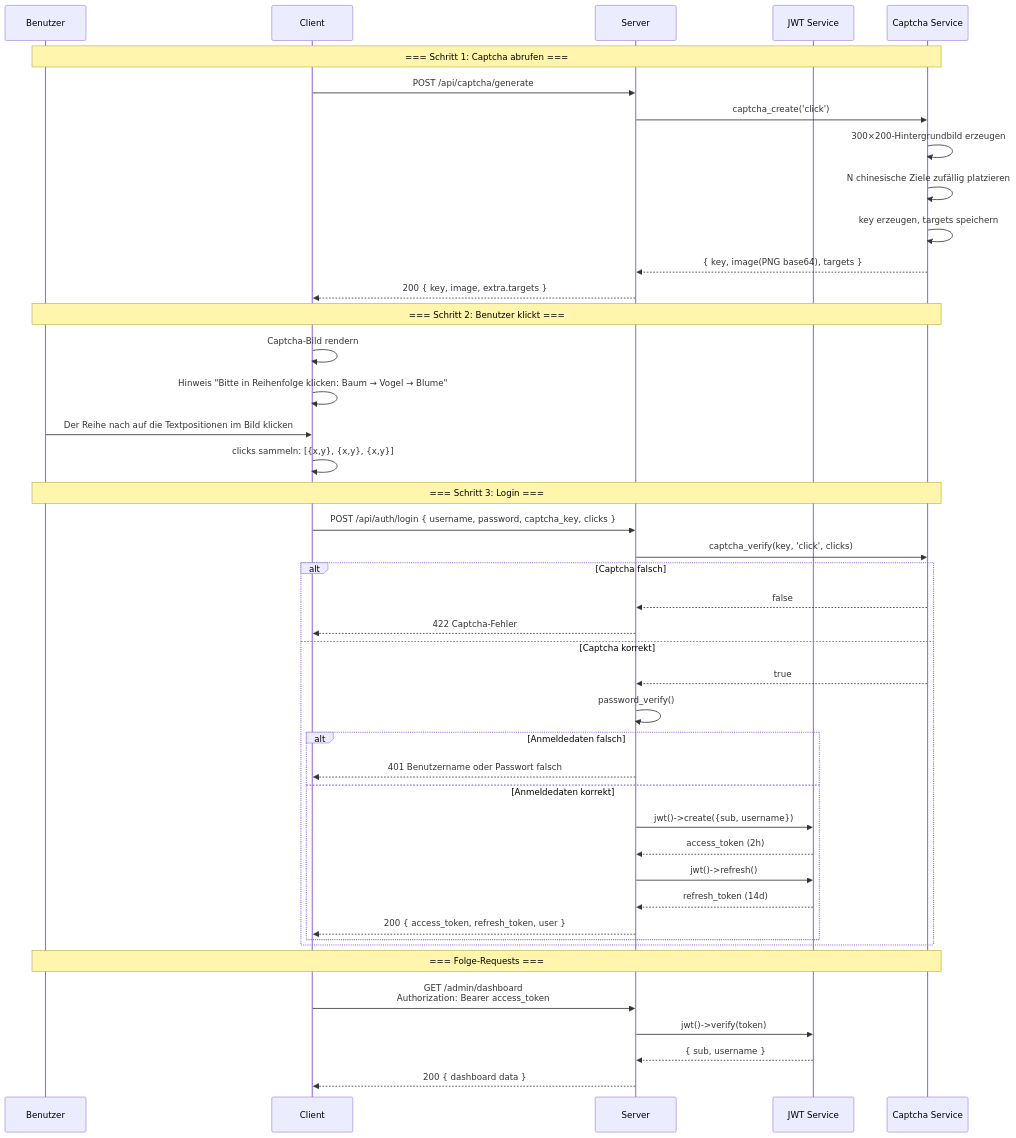
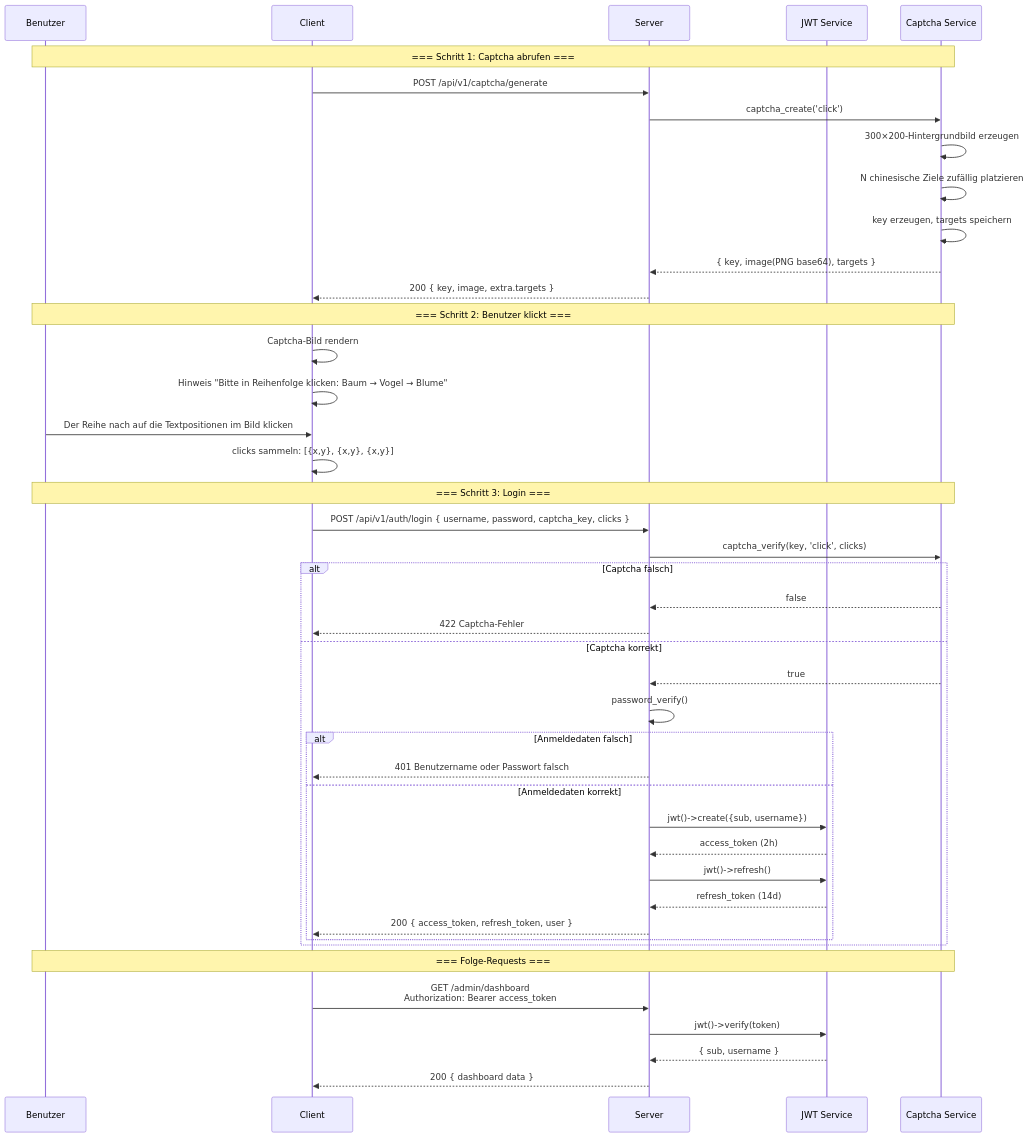
One commit to erikwang2013/integrated-global-logistics changed the fourth of 14 diagrams in admin/docs/ARCHITECTURE.de.md. Above: the diagram before and after it, drawn with Mermaid. The commit also changed other lines of this file and 147 other files, not shown here.

````diff
--- a/admin/docs/ARCHITECTURE.de.md
+++ b/admin/docs/ARCHITECTURE.de.md
@@ -234,49 +225,49 @@
 ```mermaid
 sequenceDiagram
     participant U as Benutzer
     participant CL as Client
     participant SV as Server
     participant JWT as JWT Service
     participant CAP as Captcha Service
 
     Note over U,CAP: === Schritt 1: Captcha abrufen ===
-    CL->>SV: POST /api/captcha/generate
+    CL->>SV: POST /api/v1/captcha/generate
     SV->>CAP: captcha_create('click')
     CAP->>CAP: 300×200-Hintergrundbild erzeugen
     CAP->>CAP: N chinesische Ziele zufällig platzieren
     CAP->>CAP: key erzeugen, targets speichern
     CAP-->>SV: { key, image(PNG base64), targets }
     SV-->>CL: 200 { key, image, extra.targets }
 
     Note over U,CAP: === Schritt 2: Benutzer klickt ===
     CL->>CL: Captcha-Bild rendern
     CL->>CL: Hinweis "Bitte in Reihenfolge klicken: Baum → Vogel → Blume"
     U->>CL: Der Reihe nach auf die Textpositionen im Bild klicken
     CL->>CL: clicks sammeln: [{x,y}, {x,y}, {x,y}]
 
     Note over U,CAP: === Schritt 3: Login ===
-    CL->>SV: POST /api/auth/login { username, password, captcha_key, clicks }
+    CL->>SV: POST /api/v1/auth/login { username, password, captcha_key, clicks }
     SV->>CAP: captcha_verify(key, 'click', clicks)
     alt Captcha falsch
         CAP-->>SV: false
         SV-->>CL: 422 Captcha-Fehler
     else Captcha korrekt
         CAP-->>SV: true
         SV->>SV: password_verify()
         alt Anmeldedaten falsch
             SV-->>CL: 401 Benutzername oder Passwort falsch
         else Anmeldedaten korrekt
             SV->>JWT: jwt()->create({sub, username})
             JWT-->>SV: access_token (2h)
             SV->>JWT: jwt()->refresh()
             JWT-->>SV: refresh_token (14d)
             SV-->>CL: 200 { access_token, refresh_token, user }
         end
     end
 
     Note over U,CAP: === Folge-Requests ===
     CL->>SV: GET /admin/dashboard<br/>Authorization: Bearer access_token
     SV->>JWT: jwt()->verify(token)
     JWT-->>SV: { sub, username }
     SV-->>CL: 200 { dashboard data }
 ```
````
